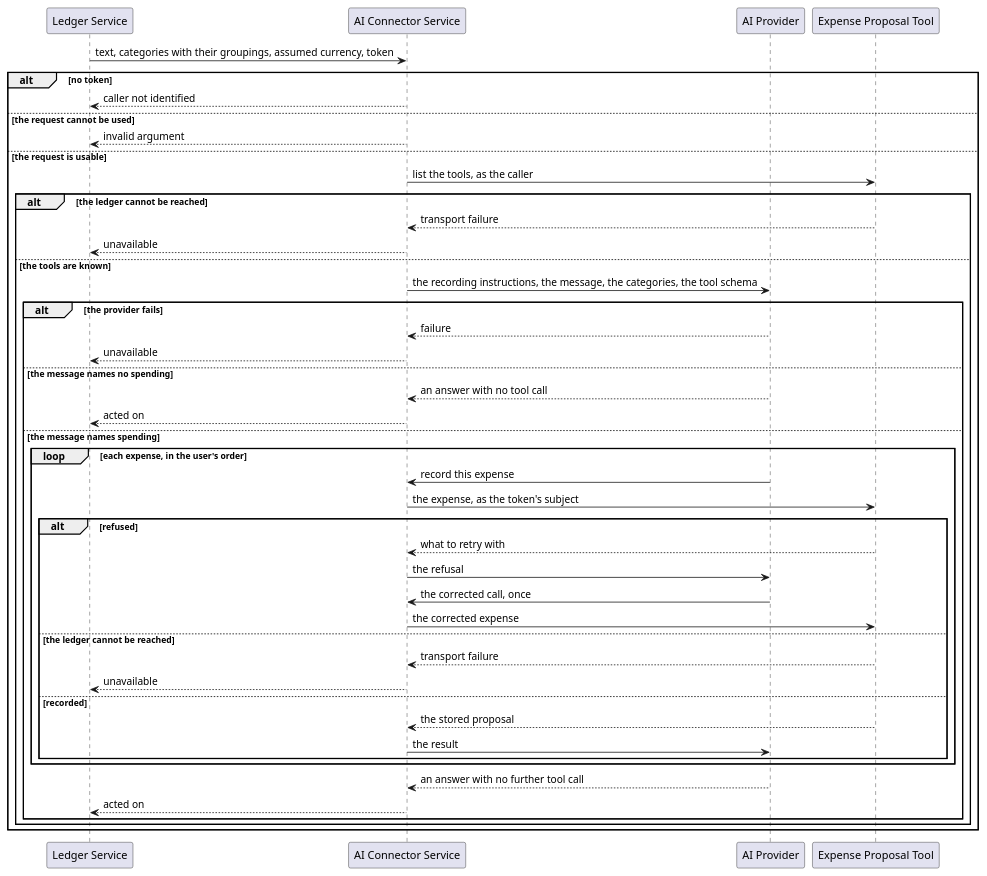
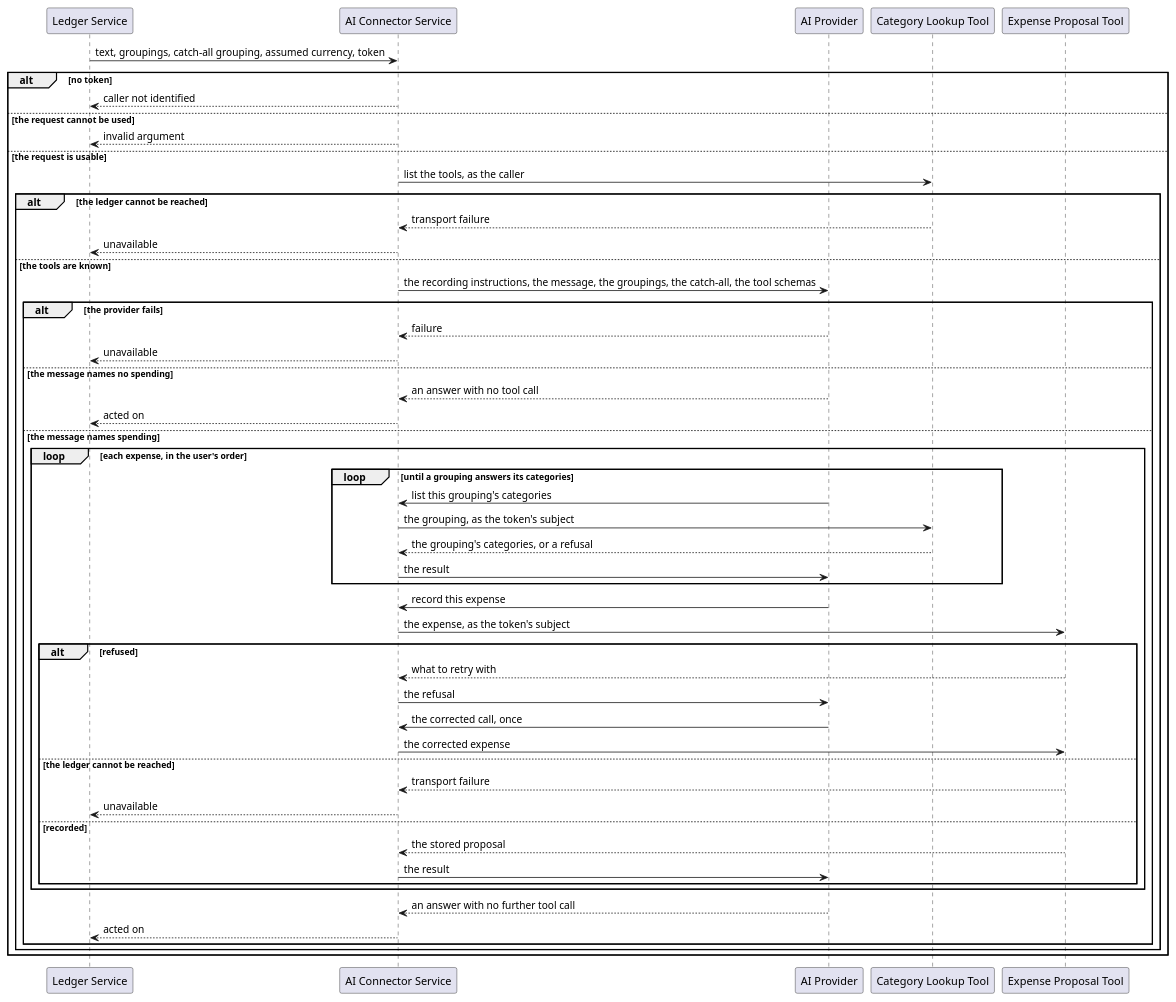
The second of 2 diagrams in ai-connector-service/docs/usecases/extract-intents.md (ds-usova/finance-bot), drawn with PlantUML before and after one commit. The commit also changed other lines of this file and 83 other files, not shown here.

````diff
--- a/ai-connector-service/docs/usecases/extract-intents.md
+++ b/ai-connector-service/docs/usecases/extract-intents.md
@@ -100,53 +105,61 @@
 ```plantuml
 @startuml ExtractIntents-Sequence
 participant "Ledger Service" as Caller
 participant "AI Connector Service" as Service
 participant "AI Provider" as Provider
+participant "Category Lookup Tool" as Lookup
 participant "Expense Proposal Tool" as Tool
 
-Caller -> Service : text, categories with their groupings, assumed currency, token
+Caller -> Service : text, groupings, catch-all grouping, assumed currency, token
 
 alt no token
     Service --> Caller : caller not identified
 else the request cannot be used
     Service --> Caller : invalid argument
 else the request is usable
-    Service -> Tool : list the tools, as the caller
+    Service -> Lookup : list the tools, as the caller
 
     alt the ledger cannot be reached
-        Tool --> Service : transport failure
+        Lookup --> Service : transport failure
         Service --> Caller : unavailable
     else the tools are known
-        Service -> Provider : the recording instructions, the message, the categories, the tool schema
+        Service -> Provider : the recording instructions, the message, the groupings, the catch-all, the tool schemas
 
         alt the provider fails
             Provider --> Service : failure
             Service --> Caller : unavailable
         else the message names no spending
             Provider --> Service : an answer with no tool call
             Service --> Caller : acted on
         else the message names spending
             loop each expense, in the user's order
+                loop until a grouping answers its categories
+                    Provider -> Service : list this grouping's categories
+                    Service -> Lookup : the grouping, as the token's subject
+                    Lookup --> Service : the grouping's categories, or a refusal
+                    Service -> Provider : the result
+                end
+
                 Provider -> Service : record this expense
                 Service -> Tool : the expense, as the token's subject
 
                 alt refused
                     Tool --> Service : what to retry with
                     Service -> Provider : the refusal
                     Provider -> Service : the corrected call, once
                     Service -> Tool : the corrected expense
                 else the ledger cannot be reached
                     Tool --> Service : transport failure
                     Service --> Caller : unavailable
                 else recorded
                     Tool --> Service : the stored proposal
                     Service -> Provider : the result
                 end
             end
             Provider --> Service : an answer with no further tool call
             Service --> Caller : acted on
         end
     end
 end
 @enduml
 ```
````
